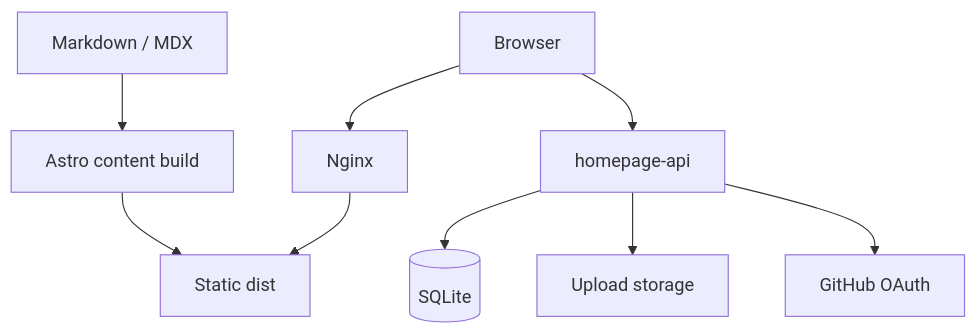
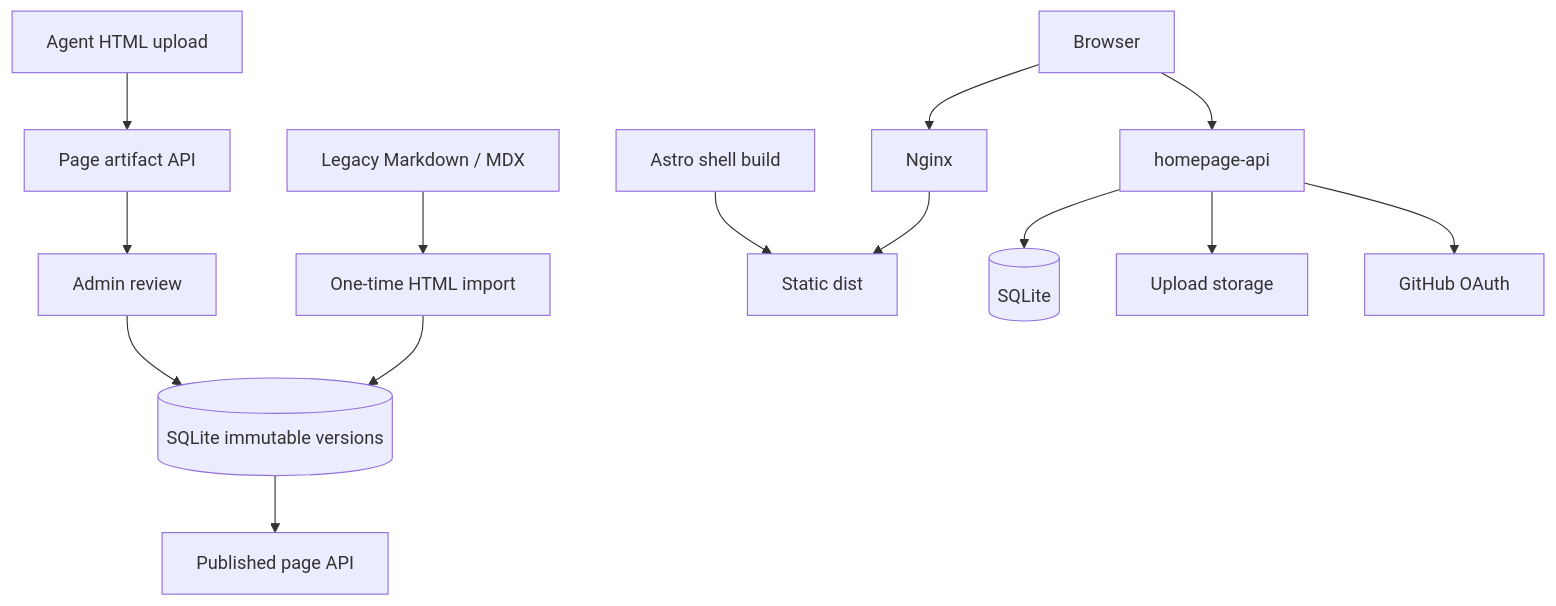
Before and after one commit to XGWNJE/HomePage: the diagram in docs/architecture.md, drawn with Mermaid. The commit also changed other lines of this file and 25 other files, not shown here.

````diff
--- a/docs/architecture.md
+++ b/docs/architecture.md
@@ -12,11 +14,16 @@
 ```mermaid
 flowchart TB
-  Content["Markdown / MDX"] --> Astro["Astro content build"]
-  Astro --> Dist["Static dist"]
+	Agent["Agent HTML upload"] --> PageAPI["Page artifact API"]
+	PageAPI --> Review["Admin review"]
+	Review --> PageDB[("SQLite immutable versions")]
+	PageDB --> PublicAPI["Published page API"]
+  Legacy["Legacy Markdown / MDX"] --> Import["One-time HTML import"]
+  Import --> PageDB
+  Astro["Astro shell build"] --> Dist["Static dist"]
   Browser["Browser"] --> Nginx["Nginx"]
   Nginx --> Dist
   Browser --> API["homepage-api"]
   API --> SQLite[("SQLite")]
   API --> Files["Upload storage"]
   API --> GitHub["GitHub OAuth"]
 ```
````
